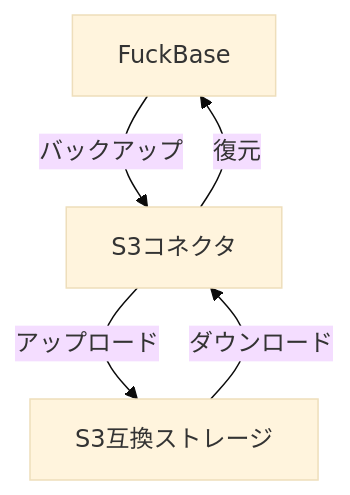
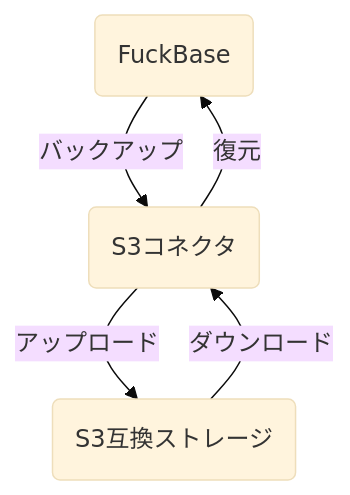
One commit to ssig33/fuckbase changed the first of 8 diagrams in textbooks/06_s3_backup.md. Above: the diagram before and after it, drawn with Mermaid (base theme). The commit also changed other lines of this file and 6 other files, not shown here.

Commit message:
Fix Mermaid diagrams in all textbooks by using parentheses for node text and curly braces for decision nodes

````diff
--- a/textbooks/06_s3_backup.md
+++ b/textbooks/06_s3_backup.md
@@ -14,7 +14,7 @@
 ```mermaid
 graph TD
-    A[FuckBase] -->|バックアップ| B[S3コネクタ]
-    B -->|アップロード| C[S3互換ストレージ]
+    A("FuckBase") -->|バックアップ| B("S3コネクタ")
+    B -->|アップロード| C("S3互換ストレージ")
     C -->|ダウンロード| B
     B -->|復元| A
 ```
````
